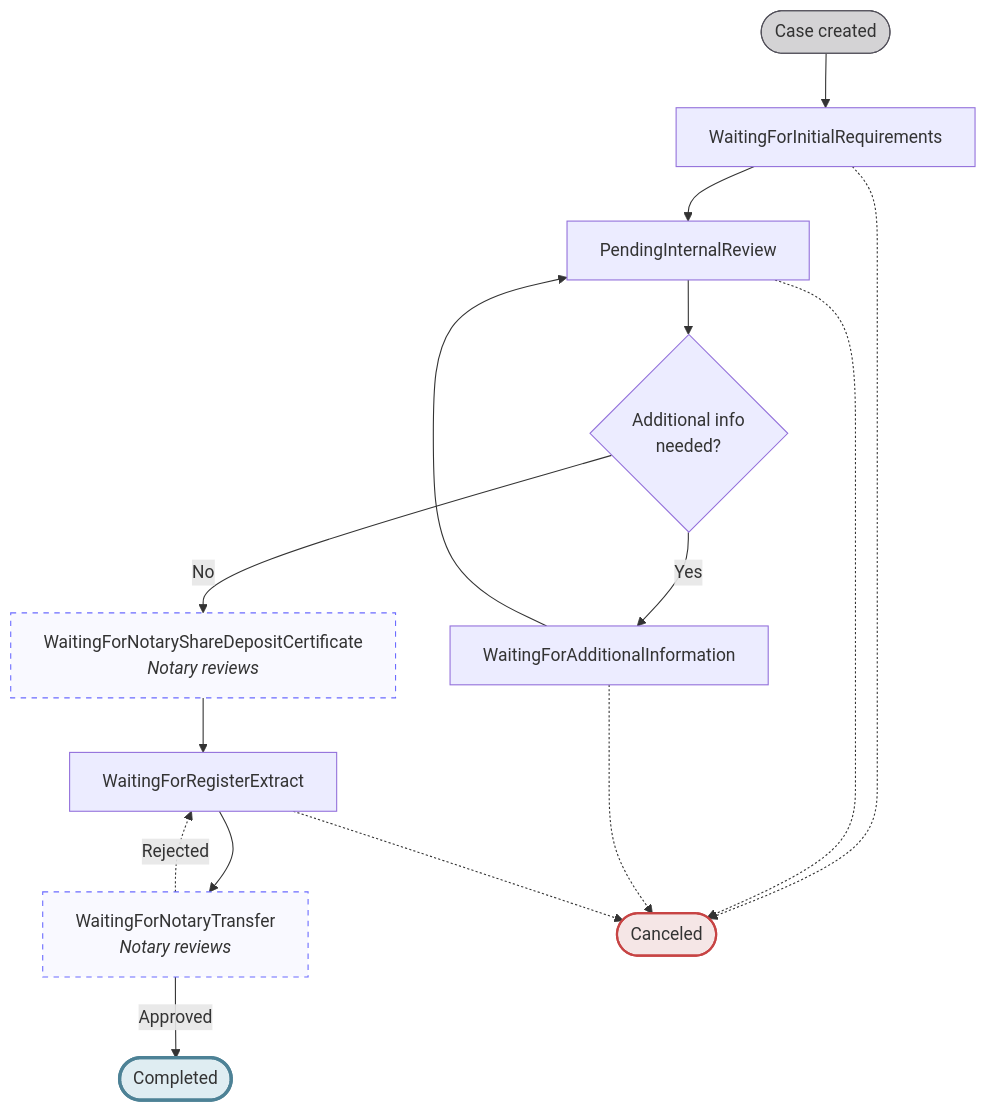
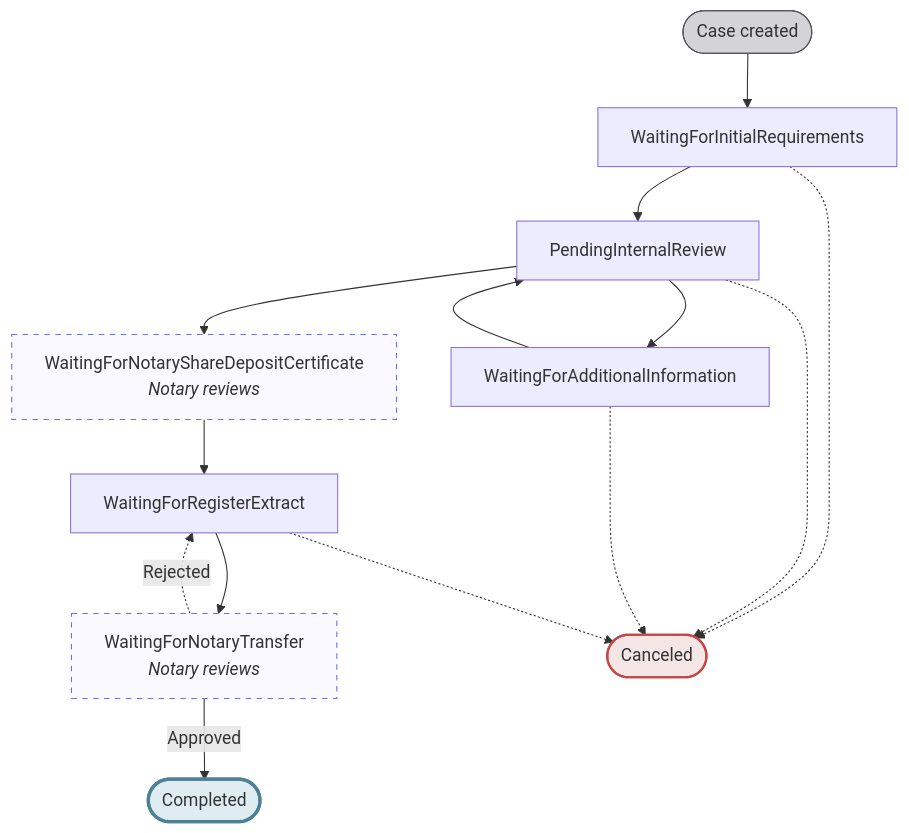
Before and after one commit to swan-io/docs: the first of 4 diagrams in docs/topics/capital-deposits/index.mdx, drawn with Mermaid.

Commit message:
DOC-1373/update-the-capital-deposit-case-status-description

````diff
--- a/docs/topics/capital-deposits/index.mdx
+++ b/docs/topics/capital-deposits/index.mdx
@@ -38,27 +38,25 @@
 ```mermaid
 %%{ init: { 'flowchart': { 'curve': 'basis' } } }%%
 flowchart TD
     DC([Case created]) --> WIR[WaitingForInitialRequirements]
     WIR --> PIR[PendingInternalReview]
-    PIR --> WAI{Additional info<br/>needed?}
-    WAI -->|No| WNSC
-    WAI -->|Yes| WFAI[WaitingForAdditionalInformation]
+    PIR --> WFAI[WaitingForAdditionalInformation]
+    PIR --> WNSC[WaitingForNotaryShareDepositCertificate<br/><em>Notary reviews</em>]
     WFAI --> PIR
     
-    WNSC[WaitingForNotaryShareDepositCertificate<br/><em>Notary reviews</em>]
     WNSC --> WRE[WaitingForRegisterExtract]
     WRE --> WNT[WaitingForNotaryTransfer<br/><em>Notary reviews</em>]
     WNT -->|Approved| CO([Completed])
     WNT -.->|Rejected| WRE
     
     WIR -.-> CA([Canceled])
     PIR -.-> CA
     WFAI -.-> CA
     WRE -.-> CA
 
     style DC fill:#D4D3D5,stroke:#514F59
     style CO fill:#dfedf2,stroke:#4d8296,stroke-width:3px
     style CA fill:#f5e6e6,stroke:#c74444,stroke-width:2px
     style WNSC fill:#f9f9ff,stroke:#6b6bff,stroke-dasharray: 5 5
     style WNT fill:#f9f9ff,stroke:#6b6bff,stroke-dasharray: 5 5
 ```
````
